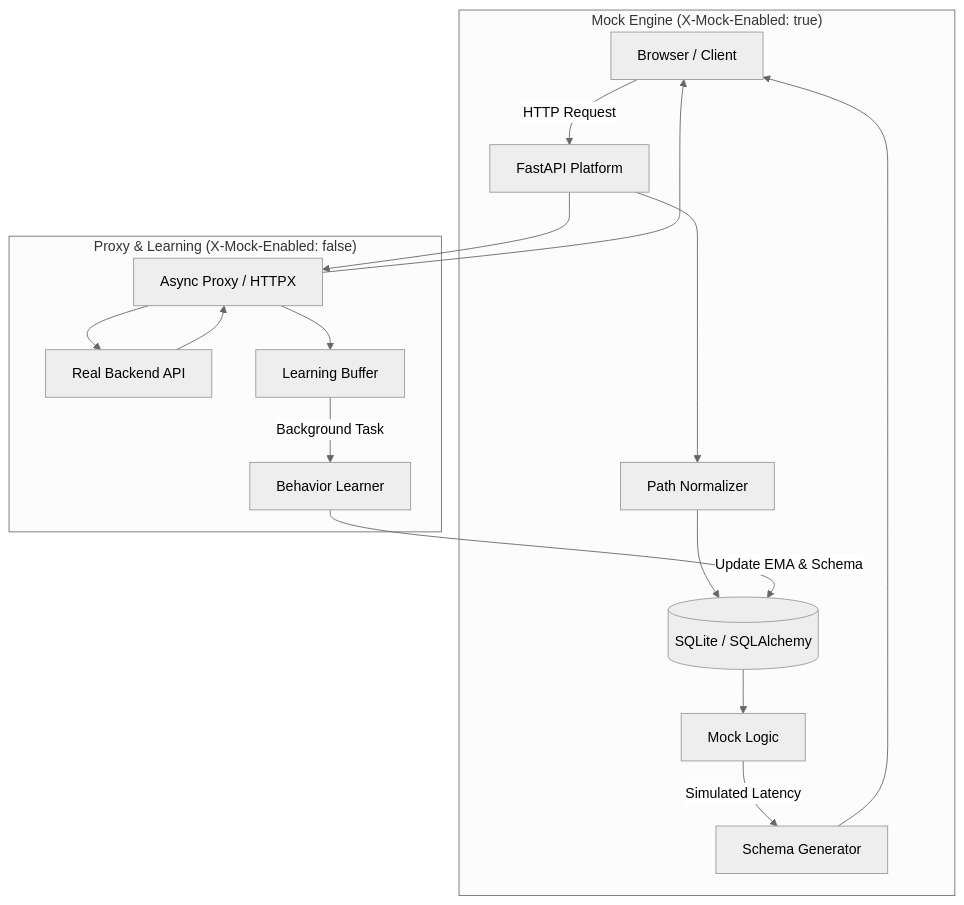
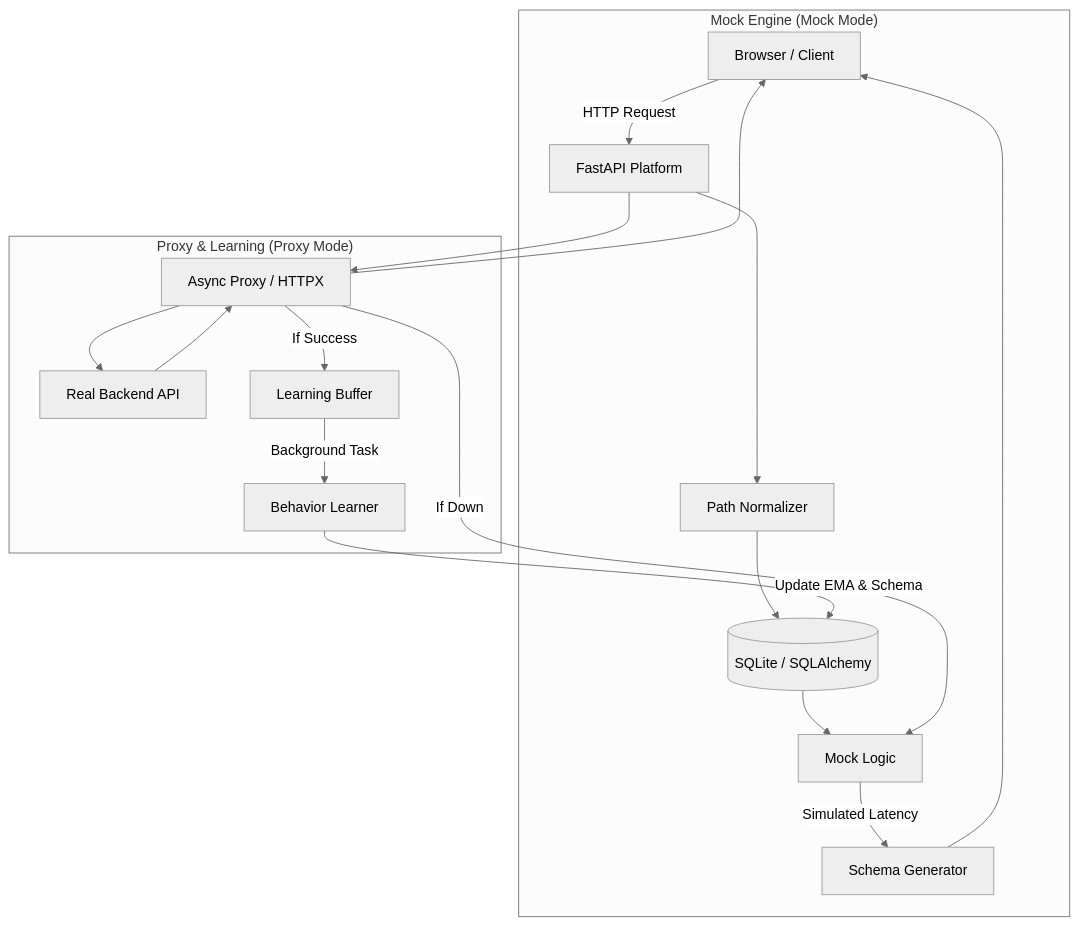
One commit to Prathamesh-Udoshi/intelligent-adaptive-mock changed the diagram in README.md. Above: the diagram before and after it, drawn with Mermaid (neutral theme). The commit also changed other lines of this file and 1 other file, not shown here.

````diff
--- a/README.md
+++ b/README.md
@@ -22,22 +37,23 @@
 ```mermaid
 graph TD
     Client[Browser / Client] -->|HTTP Request| Server[FastAPI Platform]
     
-    subgraph "Mock Engine (X-Mock-Enabled: true)"
+    subgraph "Mock Engine (Mock Mode)"
         Server --> Norm[Path Normalizer]
         Norm --> DB[(SQLite / SQLAlchemy)]
         DB --> Logic[Mock Logic]
         Logic -->|Simulated Latency| Gen[Schema Generator]
         Gen --> Client
     end
     
-    subgraph "Proxy & Learning (X-Mock-Enabled: false)"
+    subgraph "Proxy & Learning (Proxy Mode)"
         Server --> Proxy[Async Proxy / HTTPX]
         Proxy --> Target[Real Backend API]
         Target --> Proxy
-        Proxy --> Buffer[Learning Buffer]
+        Proxy -->|If Success| Buffer[Learning Buffer]
+        Proxy -->|If Down| Logic
         Buffer -->|Background Task| Learner[Behavior Learner]
         Learner -->|Update EMA & Schema| DB
         Proxy --> Client
     end
 ```
````
